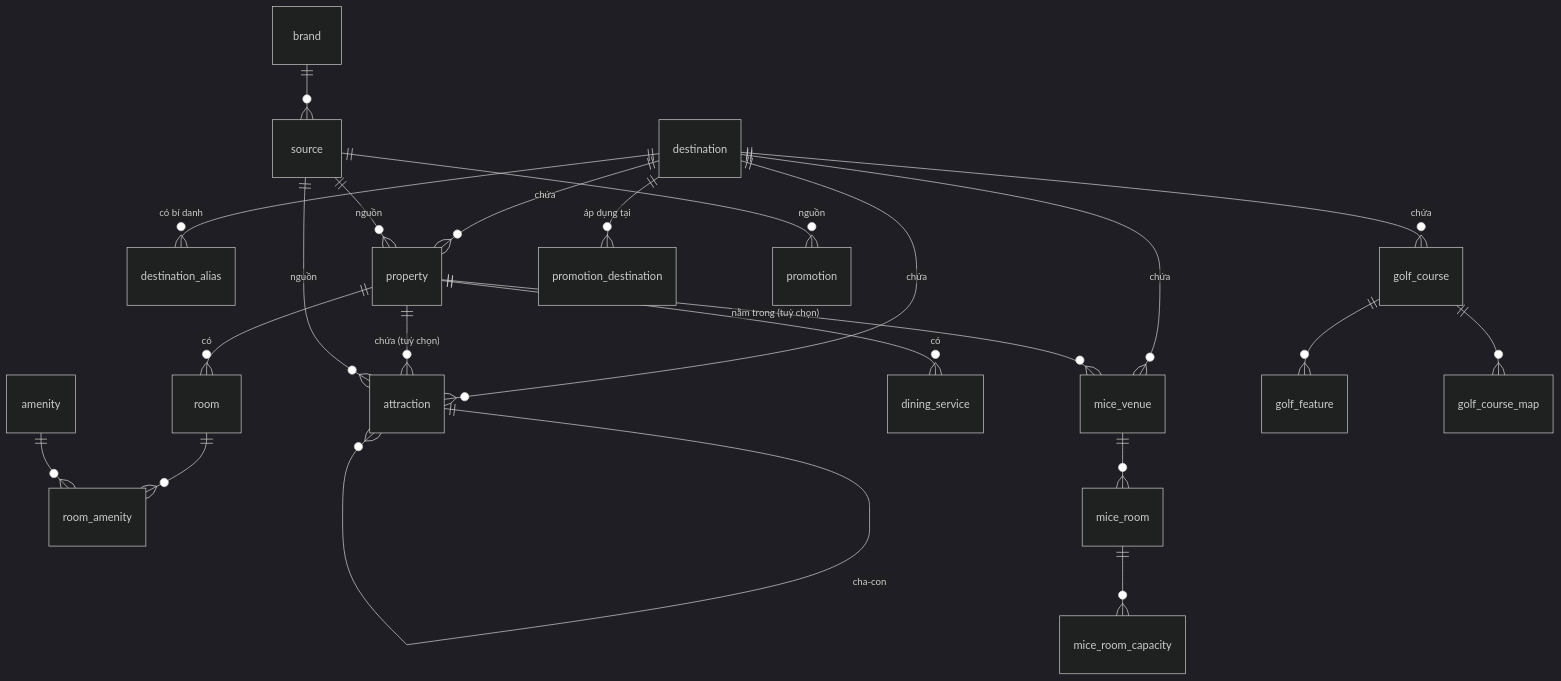
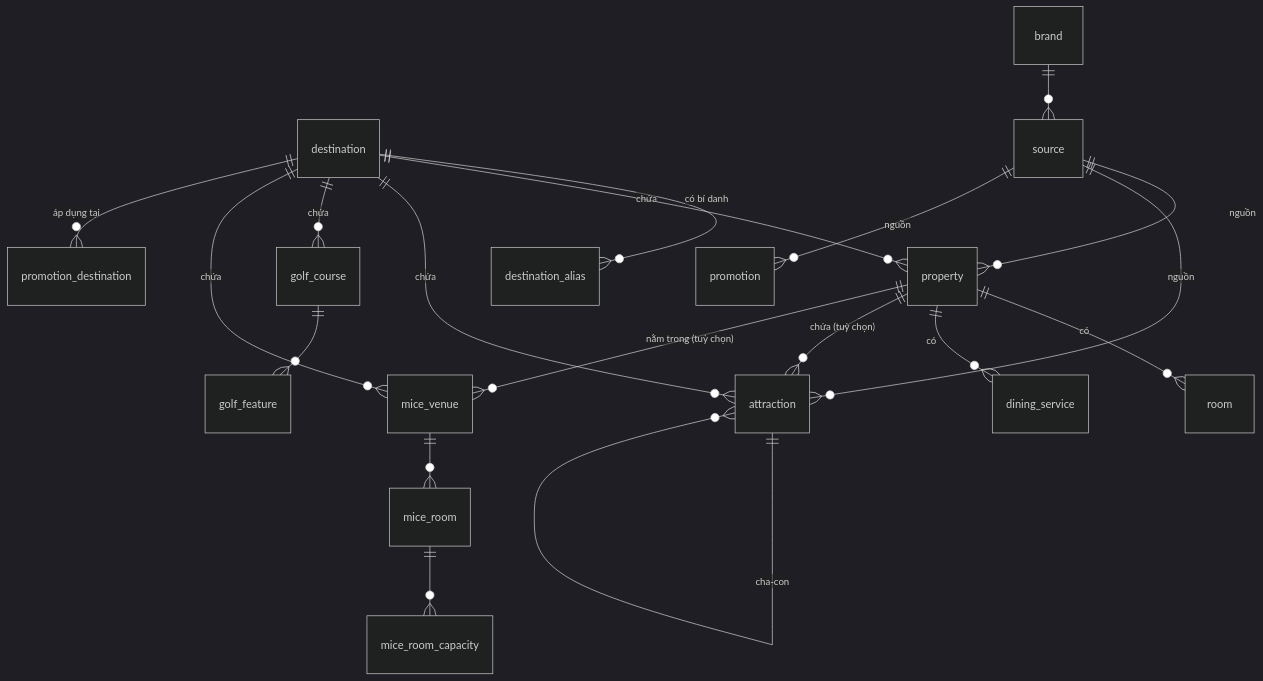
One commit to duynguyen2003/chatbox-vinpearl changed the first of 3 diagrams in docs/DATABASE.md. Above: the diagram before and after it, drawn with Mermaid (dark theme). The commit also changed other lines of this file and 24 other files, not shown here.

Commit message:
feat: implement data normalization pipeline with schema refactoring and multi-table migration

````diff
--- a/docs/DATABASE.md
+++ b/docs/DATABASE.md
@@ -191,30 +196,26 @@
 ```mermaid
 erDiagram
     destination      ||--o{ destination_alias : "có bí danh"
     destination      ||--o{ property          : "chứa"
     destination      ||--o{ attraction        : "chứa"
     destination      ||--o{ golf_course       : "chứa"
     destination      ||--o{ mice_venue        : "chứa"
     destination      ||--o{ promotion_destination : "áp dụng tại"
 
     property         ||--o{ room              : "có"
     property         ||--o{ dining_service    : "có"
     property         ||--o{ attraction        : "chứa (tuỳ chọn)"
     property         ||--o{ mice_venue        : "nằm trong (tuỳ chọn)"
 
-    room             ||--o{ room_amenity      : ""
-    amenity          ||--o{ room_amenity      : ""
-
     attraction       ||--o{ attraction        : "cha-con"
 
     golf_course      ||--o{ golf_feature      : ""
-    golf_course      ||--o{ golf_course_map   : ""
 
     mice_venue       ||--o{ mice_room         : ""
     mice_room        ||--o{ mice_room_capacity: ""
 
     brand            ||--o{ source            : ""
     source           ||--o{ property          : "nguồn"
     source           ||--o{ attraction        : "nguồn"
     source           ||--o{ promotion         : "nguồn"
 ```
````
